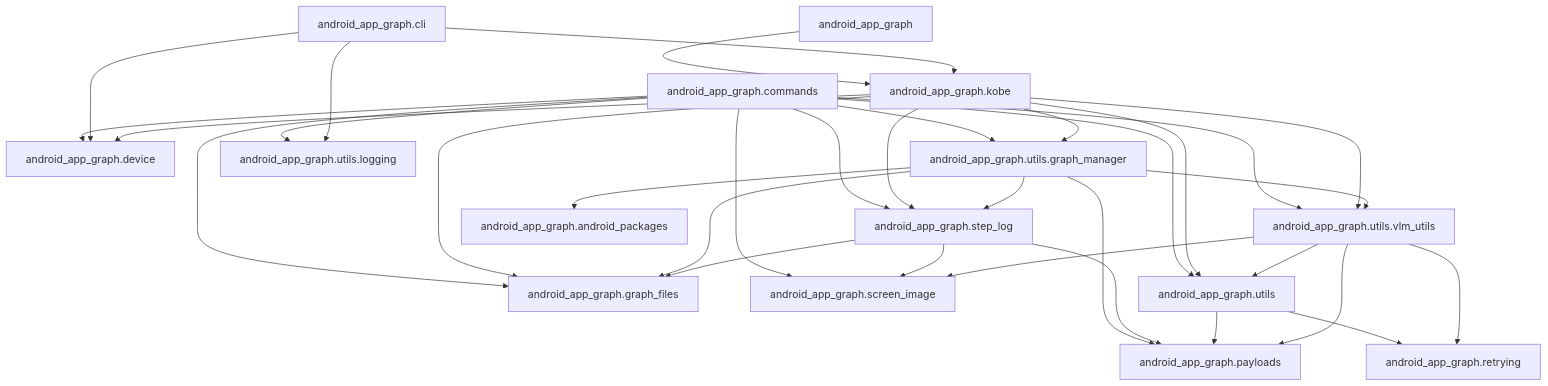
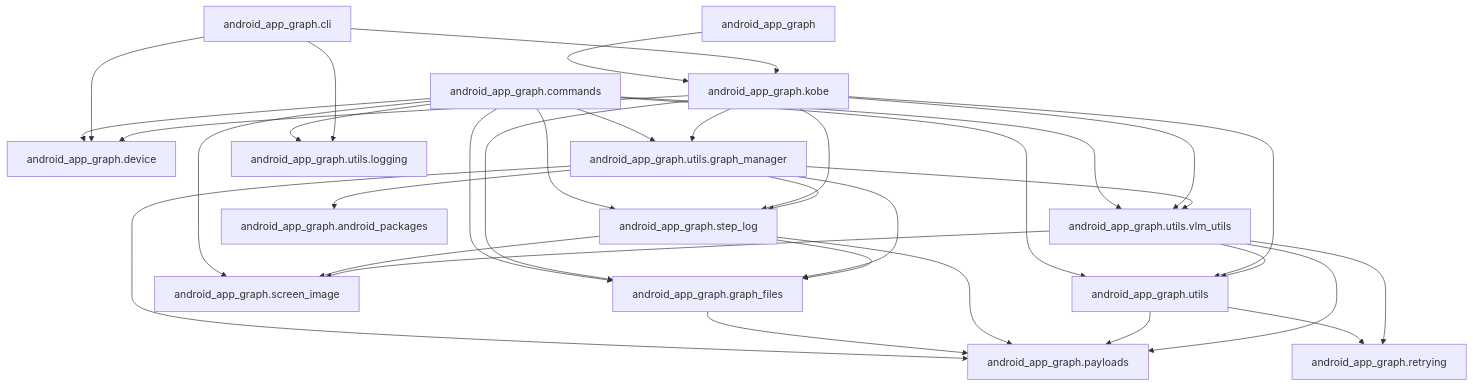
One commit to john-agi/Android-App-Graph changed the diagram in README.md. Above: the diagram before and after it, drawn with Mermaid. The commit also changed other lines of this file and 11 other files, not shown here.

First line of the commit message:
Keep each visit's description vector beside the graph and rank text by the closest member (#225)

````diff
--- a/README.md
+++ b/README.md
@@ -51,35 +51,36 @@
 ```mermaid
 graph TD;
     pkg["android_app_graph"] --> kobe["android_app_graph.kobe"];
     cmd["android_app_graph.commands"] --> dev["android_app_graph.device"];
     cmd --> gf["android_app_graph.graph_files"];
     cmd --> img["android_app_graph.screen_image"];
     cmd --> steps["android_app_graph.step_log"];
     cmd --> utils["android_app_graph.utils"];
     cmd --> gm["android_app_graph.utils.graph_manager"];
     cmd --> logging["android_app_graph.utils.logging"];
     cmd --> vlm["android_app_graph.utils.vlm_utils"];
     cli["android_app_graph.cli"] --> dev;
     cli --> kobe;
     cli --> logging;
     kobe --> dev;
     kobe --> gf;
     kobe --> steps;
     kobe --> utils;
     kobe --> gm;
     kobe --> vlm;
     gm --> pkgs["android_app_graph.android_packages"];
     gm --> gf;
     gm --> pay["android_app_graph.payloads"];
     gm --> steps;
     gm --> vlm;
+    gf --> pay;
     steps --> gf;
     steps --> pay;
     steps --> img;
     utils --> pay;
     utils --> retry["android_app_graph.retrying"];
     vlm --> pay;
     vlm --> retry;
     vlm --> img;
     vlm --> utils;
 ```
````
